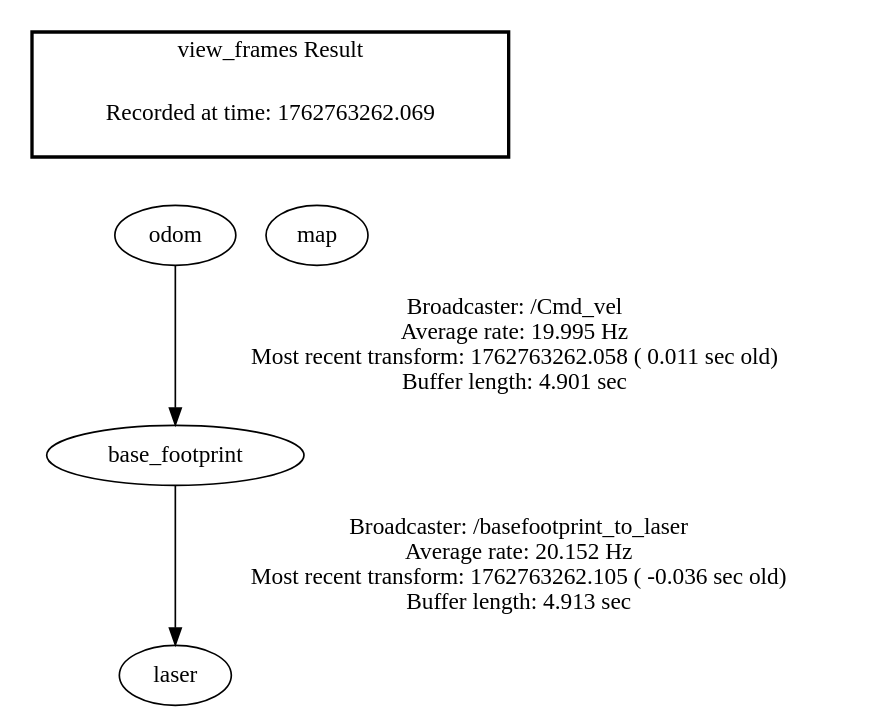
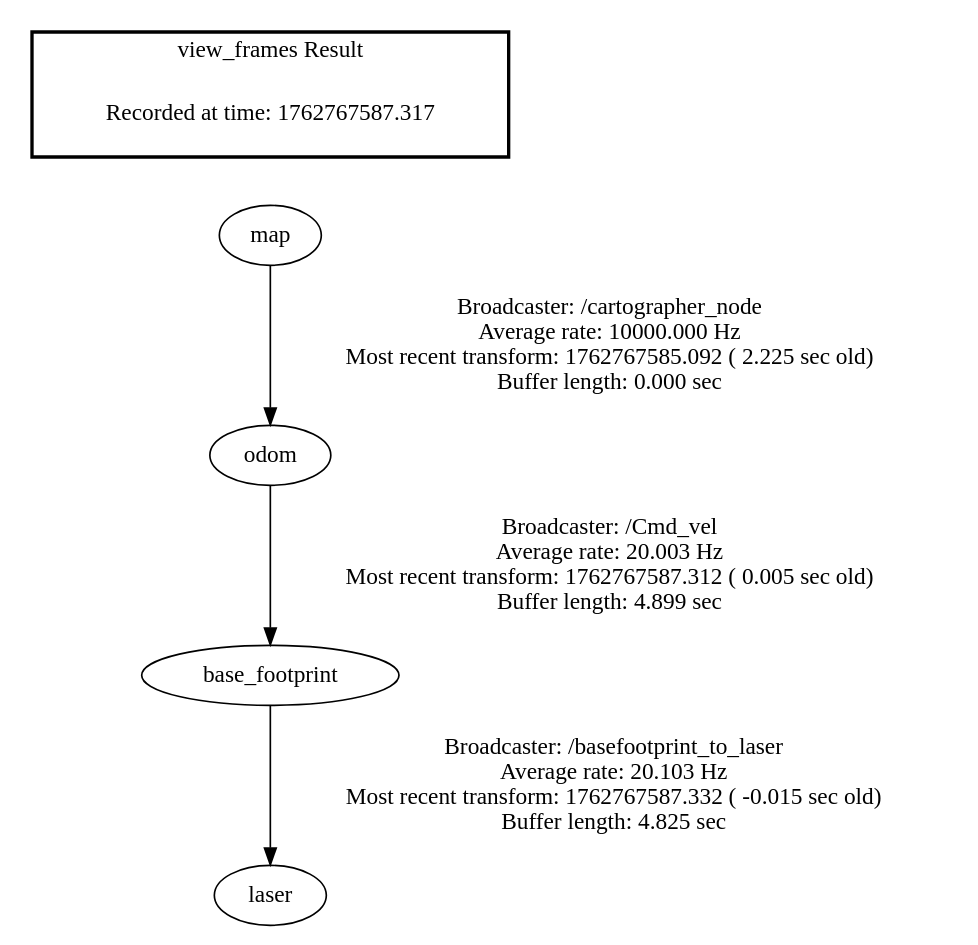
The diagram in frames.gv (hcmutduygit/robot_fablab_ws), drawn with Graphviz before and after one commit. The commit also changed 6 other files, not shown here.

```diff
--- a/frames.gv
+++ b/frames.gv
@@ -1,12 +1,9 @@
 digraph G {
-"base_footprint" -> "laser"[label="Broadcaster: /basefootprint_to_laser\nAverage rate: 20.152 Hz\nMost recent transform: 1762763262.105 ( -0.036 sec old)\nBuffer length: 4.913 sec\n"];
-"odom" -> "base_footprint"[label="Broadcaster: /Cmd_vel\nAverage rate: 19.995 Hz\nMost recent transform: 1762763262.058 ( 0.011 sec old)\nBuffer length: 4.901 sec\n"];
+"odom" -> "base_footprint"[label="Broadcaster: /Cmd_vel\nAverage rate: 20.003 Hz\nMost recent transform: 1762767587.312 ( 0.005 sec old)\nBuffer length: 4.899 sec\n"];
+"map" -> "odom"[label="Broadcaster: /cartographer_node\nAverage rate: 10000.000 Hz\nMost recent transform: 1762767585.092 ( 2.225 sec old)\nBuffer length: 0.000 sec\n"];
+"base_footprint" -> "laser"[label="Broadcaster: /basefootprint_to_laser\nAverage rate: 20.103 Hz\nMost recent transform: 1762767587.332 ( -0.015 sec old)\nBuffer length: 4.825 sec\n"];
 edge [style=invis];
  subgraph cluster_legend { style=bold; color=black; label ="view_frames Result";
-"Recorded at time: 1762763262.069"[ shape=plaintext ] ;
- }->"odom";
-edge [style=invis];
- subgraph cluster_legend { style=bold; color=black; label ="view_frames Result";
-"Recorded at time: 1762763262.069"[ shape=plaintext ] ;
+"Recorded at time: 1762767587.317"[ shape=plaintext ] ;
  }->"map";
 }
```
